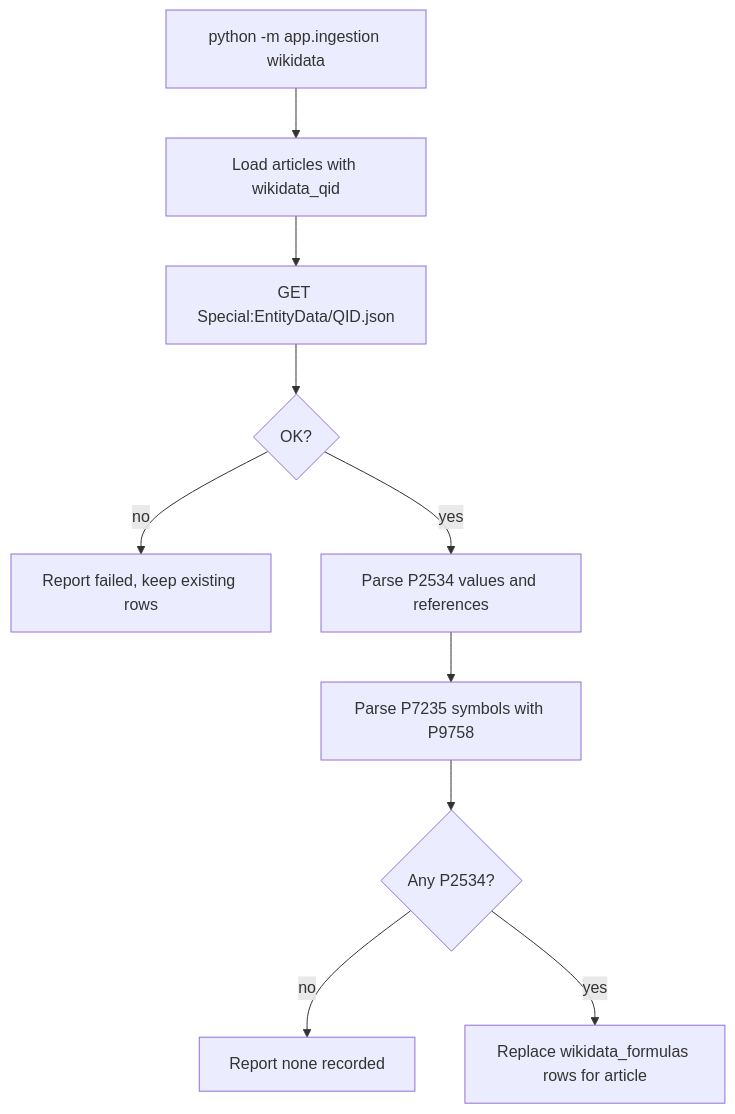
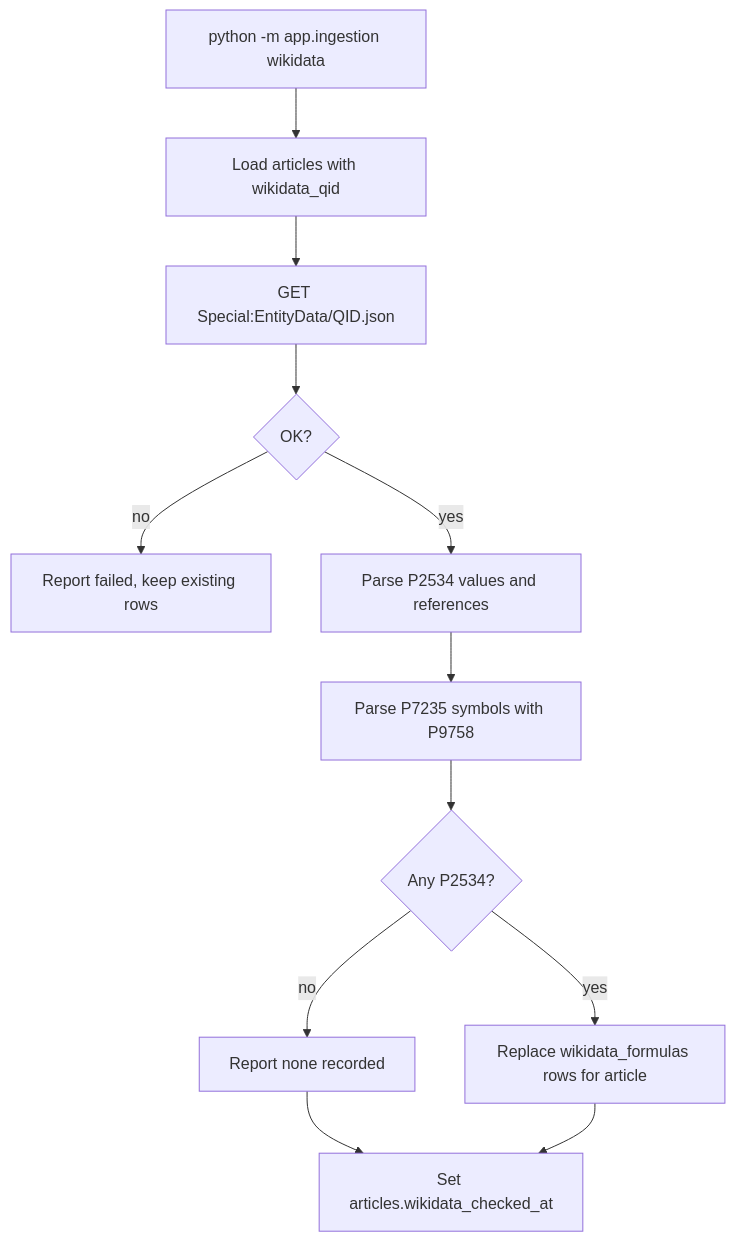
The diagram in docs/flows/ingestion-wikidata.md (tudorciobanu99/momentum), drawn with Mermaid before and after one commit. The commit also changed 18 other files, not shown here.

````diff
--- a/docs/flows/ingestion-wikidata.md
+++ b/docs/flows/ingestion-wikidata.md
@@ -3,12 +3,14 @@
 ```mermaid
 flowchart TD
     A[python -m app.ingestion wikidata] --> B[Load articles with wikidata_qid]
     B --> C[GET Special:EntityData/QID.json]
     C --> D{OK?}
     D -- no --> X[Report failed, keep existing rows]
     D -- yes --> E[Parse P2534 values and references]
     E --> F[Parse P7235 symbols with P9758]
     F --> G{Any P2534?}
     G -- no --> H[Report none recorded]
     G -- yes --> I[Replace wikidata_formulas rows for article]
+    H --> J[Set articles.wikidata_checked_at]
+    I --> J
 ```
````
